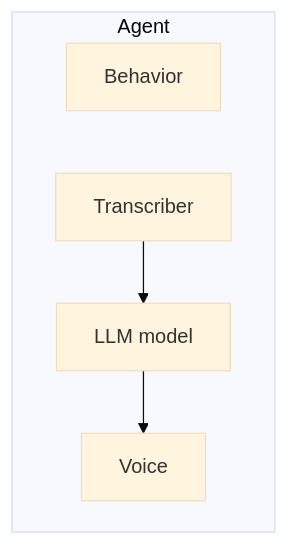
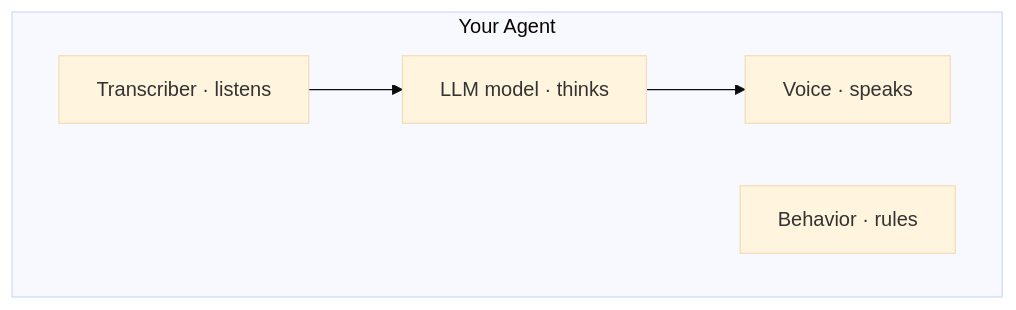
Before and after one commit to saaniya-afreen/mintlify-docs: the diagram in concepts/agents.mdx, drawn with Mermaid (base theme). The commit also changed other lines of this file and 13 other files, not shown here.

````diff
--- a/concepts/agents.mdx
+++ b/concepts/agents.mdx
@@ -17,11 +19,10 @@
 ```mermaid
 flowchart TB
-  subgraph agent [Agent]
-    STT[Transcriber]
-    LLM[LLM model]
-    TTS[Voice]
-    BEH[Behavior]
+  subgraph agent [Your Agent]
+    STT[Transcriber · listens]
+    LLM[LLM model · thinks]
+    TTS[Voice · speaks]
+    BEH[Behavior · rules]
   end
   STT --> LLM --> TTS
-  BEH --- agent
 ```
````
